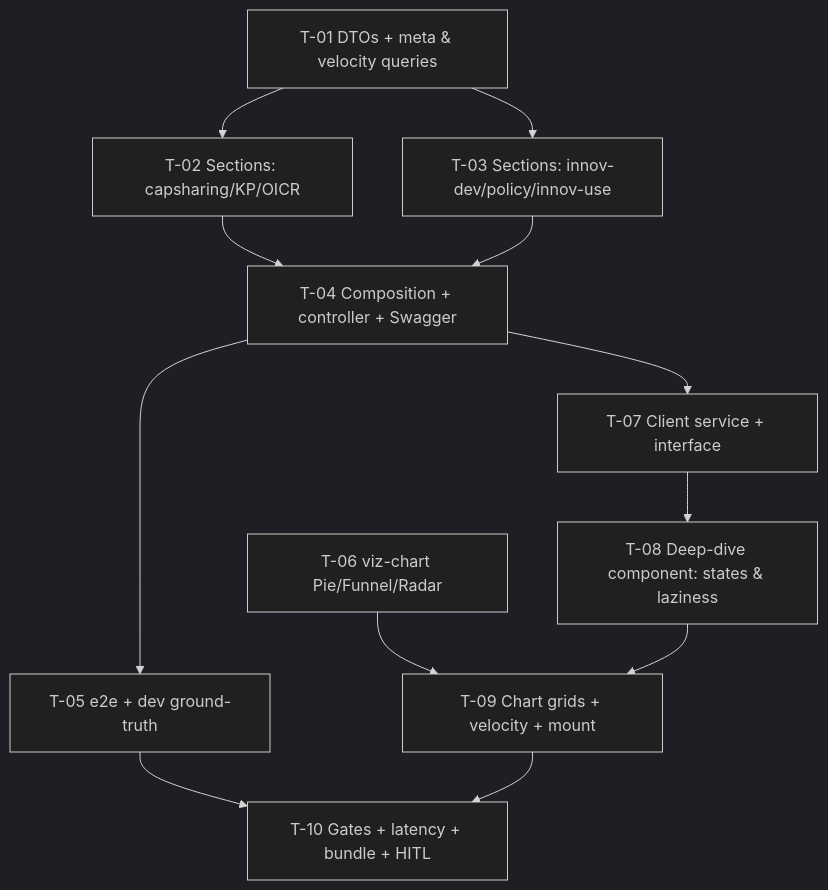
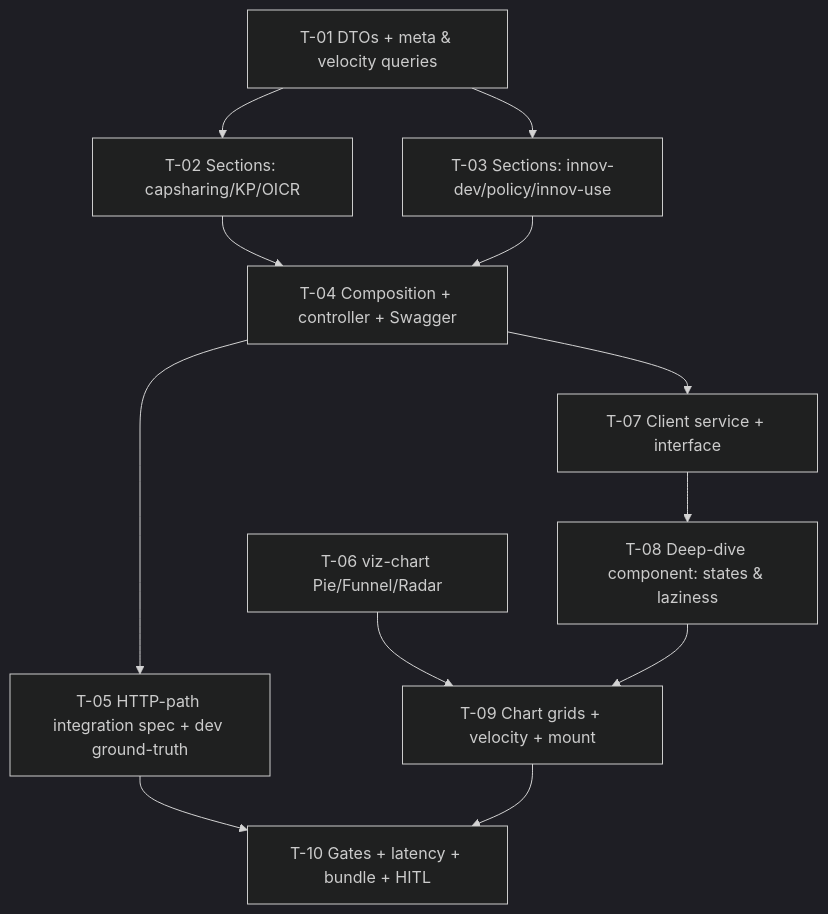
The diagram in docs/specs/changes/project-dashboard-v3/f3-indicator-deep-dive/tasks.md (AllianceBioversityCIAT/alliance-research-indicators-main), drawn with Mermaid (dark theme) before and after one commit.

Commit message:
docs(specs): f3 tasks graph label — T-05 integration spec (sweep closure)
Claude-Session: https://claude.ai/code/session_01VB35g67uAsYhXqvzBL7Zja

````diff
--- a/docs/specs/changes/project-dashboard-v3/f3-indicator-deep-dive/tasks.md
+++ b/docs/specs/changes/project-dashboard-v3/f3-indicator-deep-dive/tasks.md
@@ -19,14 +19,14 @@
 ```mermaid
 graph TD
   T01[T-01 DTOs + meta & velocity queries] --> T02[T-02 Sections: capsharing/KP/OICR]
   T01 --> T03[T-03 Sections: innov-dev/policy/innov-use]
   T02 --> T04[T-04 Composition + controller + Swagger]
   T03 --> T04
-  T04 --> T05[T-05 e2e + dev ground-truth]
+  T04 --> T05[T-05 HTTP-path integration spec + dev ground-truth]
   T06[T-06 viz-chart Pie/Funnel/Radar] --> T09
   T04 --> T07[T-07 Client service + interface]
   T07 --> T08[T-08 Deep-dive component: states & laziness]
   T08 --> T09[T-09 Chart grids + velocity + mount]
   T05 --> T10[T-10 Gates + latency + bundle + HITL]
   T09 --> T10
 ```
````
